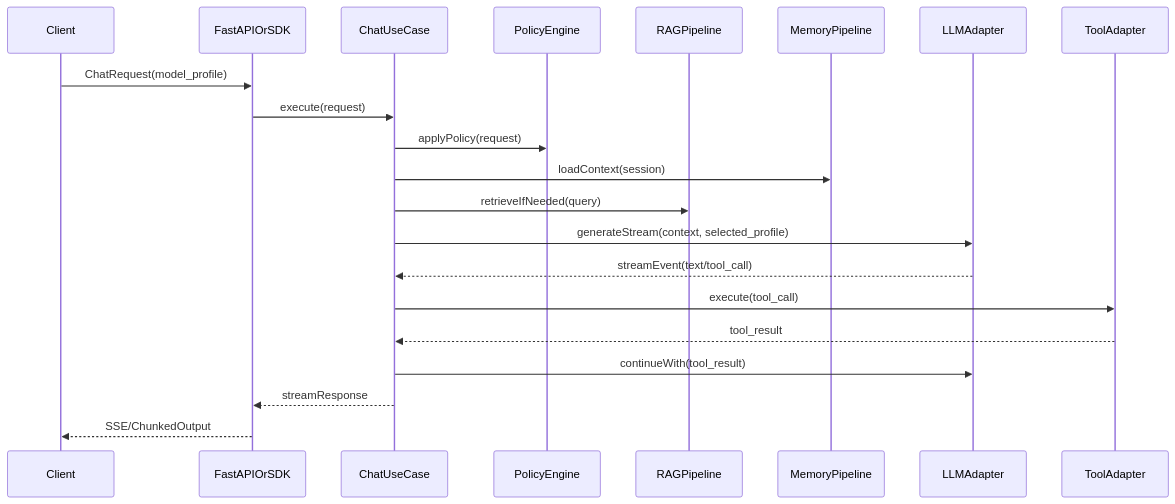
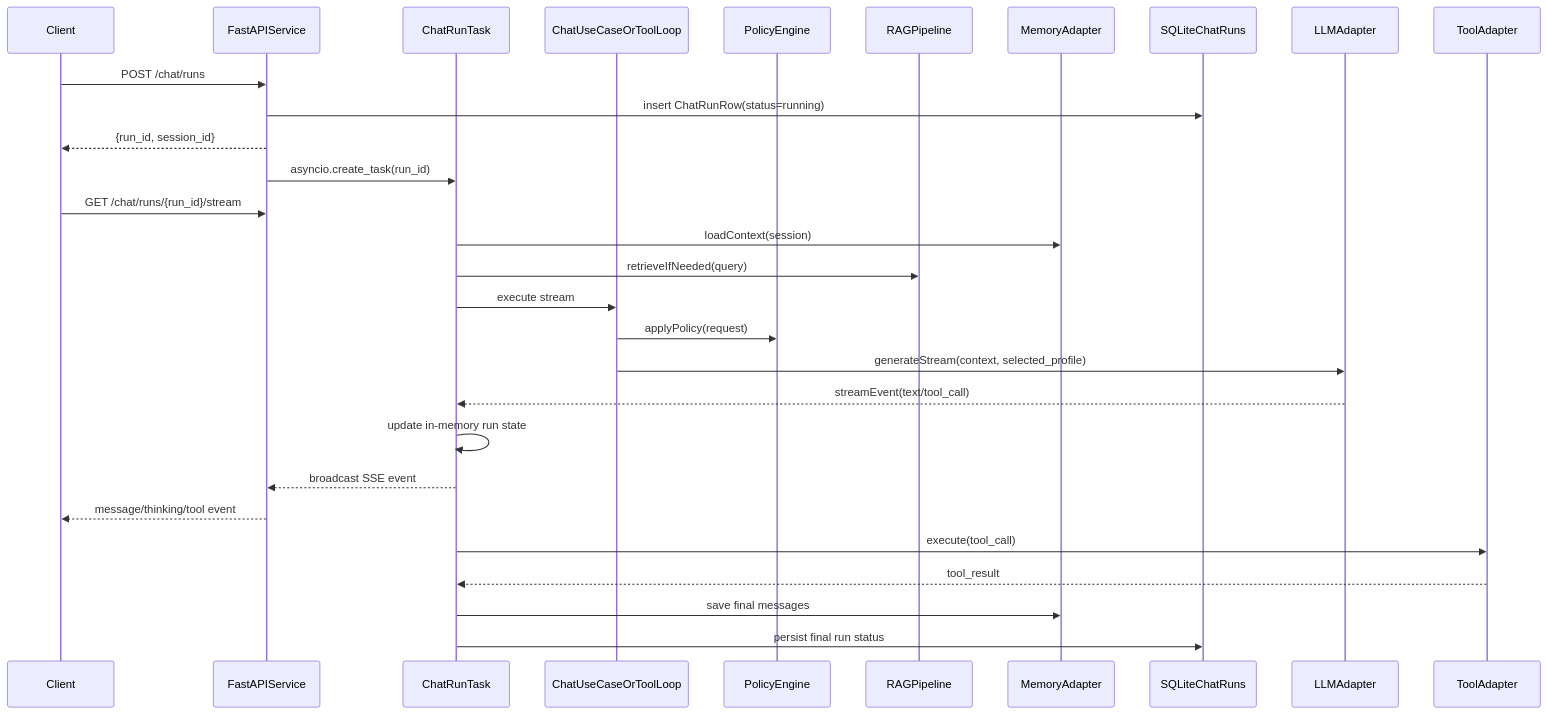
The second of 2 diagrams in docs/AstraCoreAI设计文档.md (ayxworxfr/AstraCoreAI), drawn with Mermaid before and after one commit. The commit also changed other lines of this file and 28 other files, not shown here.

````diff
--- a/docs/AstraCoreAI设计文档.md
+++ b/docs/AstraCoreAI设计文档.md
@@ -222,24 +236,32 @@
 ```mermaid
 sequenceDiagram
     participant C as Client
-    participant API as FastAPIOrSDK
-    participant APP as ChatUseCase
+    participant API as FastAPIService
+    participant RUN as ChatRunTask
+    participant APP as ChatUseCaseOrToolLoop
     participant POL as PolicyEngine
     participant RAG as RAGPipeline
-    participant MEM as MemoryPipeline
+    participant MEM as MemoryAdapter
+    participant DB as SQLiteChatRuns
     participant LLM as LLMAdapter
     participant TOOL as ToolAdapter
 
-    C->>API: ChatRequest(model_profile)
-    API->>APP: execute(request)
+    C->>API: POST /chat/runs
+    API->>DB: insert ChatRunRow(status=running)
+    API-->>C: {run_id, session_id}
+    API->>RUN: asyncio.create_task(run_id)
+    C->>API: GET /chat/runs/{run_id}/stream
+    RUN->>MEM: loadContext(session)
+    RUN->>RAG: retrieveIfNeeded(query)
+    RUN->>APP: execute stream
     APP->>POL: applyPolicy(request)
-    APP->>MEM: loadContext(session)
-    APP->>RAG: retrieveIfNeeded(query)
     APP->>LLM: generateStream(context, selected_profile)
-    LLM-->>APP: streamEvent(text/tool_call)
-    APP->>TOOL: execute(tool_call)
-    TOOL-->>APP: tool_result
-    APP->>LLM: continueWith(tool_result)
-    APP-->>API: streamResponse
-    API-->>C: SSE/ChunkedOutput
+    LLM-->>RUN: streamEvent(text/tool_call)
+    RUN->>RUN: update in-memory run state
+    RUN-->>API: broadcast SSE event
+    API-->>C: message/thinking/tool event
+    RUN->>TOOL: execute(tool_call)
+    TOOL-->>RUN: tool_result
+    RUN->>MEM: save final messages
+    RUN->>DB: persist final run status
 ```
````
